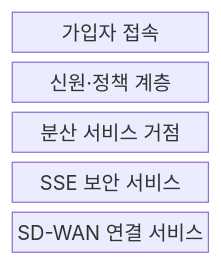
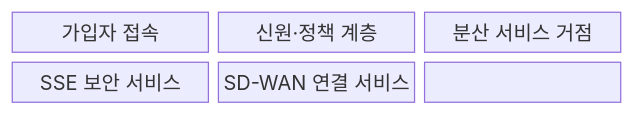
The first of 2 diagrams in src/content/docs/notes/08-latest-tech/186_sase.md (agnusdei1207/knowledge-base), drawn with Mermaid before and after one commit. The commit also changed other lines of this file and 228 other files, not shown here.

````diff
--- a/src/content/docs/notes/08-latest-tech/186_sase.md
+++ b/src/content/docs/notes/08-latest-tech/186_sase.md
@@ -50,9 +49,11 @@
 ```mermaid
 block-beta
-  columns 1
-  A["가입자 접속"]
-  B["신원·정책 계층"]
-  C["분산 서비스 거점"]
-  D["SSE 보안 서비스"]
-  E["SD-WAN 연결 서비스"]
+  columns 3
+  N0["가입자 접속"]
+  N1["신원·정책 계층"]
+  N2["분산 서비스 거점"]
+  N3["SSE 보안 서비스"]
+  N4["SD-WAN 연결 서비스"]
+  N0 --- N1 --- N2
+  N2 --- N3 --- N4
 ```
````
